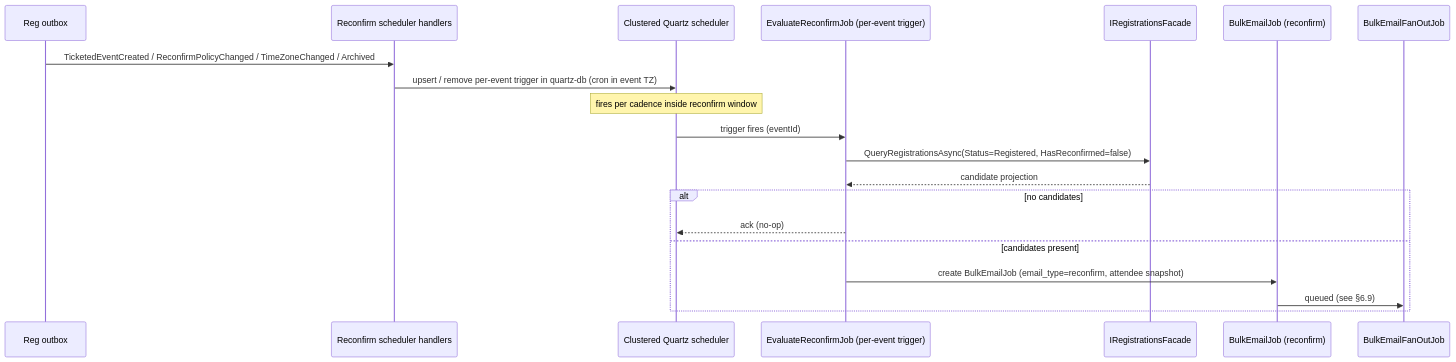
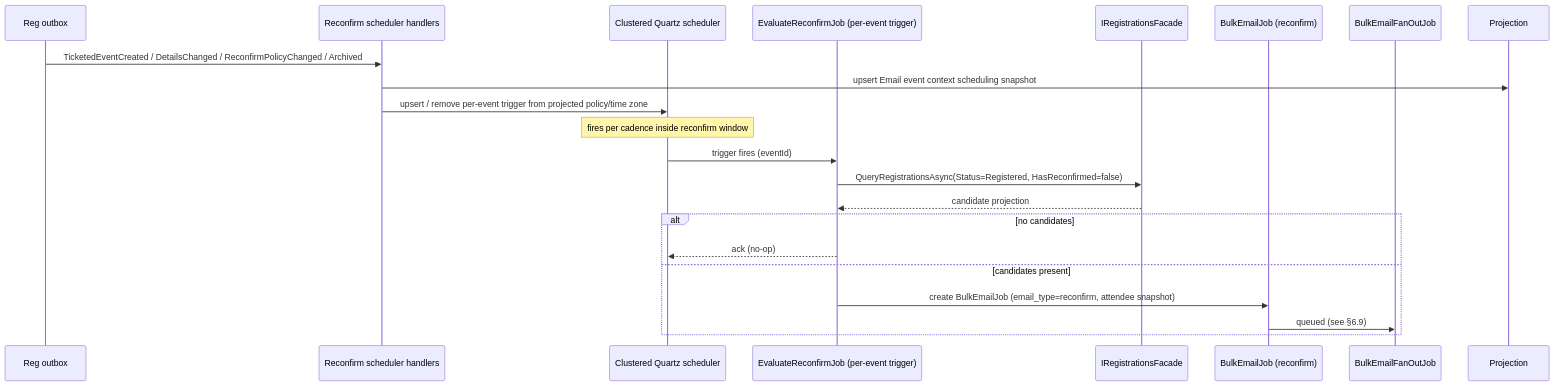
Before and after one commit to amolenk/Admitto: the tenth of 12 diagrams in docs/arc42/06-runtime-view.md, drawn with Mermaid. The commit also changed other lines of this file and 128 other files, not shown here.

Commit message:
Add TimeZone field to ticketed event details and update related integration events

````diff
--- a/docs/arc42/06-runtime-view.md
+++ b/docs/arc42/06-runtime-view.md
@@ -309,23 +309,24 @@
 ```mermaid
 sequenceDiagram
     participant RegOutbox as Reg outbox
     participant ReconfirmHandlers as Reconfirm scheduler handlers
     participant Quartz as Clustered Quartz scheduler
     participant Eval as EvaluateReconfirmJob (per-event trigger)
     participant Facade as IRegistrationsFacade
     participant Job as BulkEmailJob (reconfirm)
     participant FanOut as BulkEmailFanOutJob
 
-    RegOutbox->>ReconfirmHandlers: TicketedEventCreated / ReconfirmPolicyChanged / TimeZoneChanged / Archived
-    ReconfirmHandlers->>Quartz: upsert / remove per-event trigger in quartz-db (cron in event TZ)
+    RegOutbox->>ReconfirmHandlers: TicketedEventCreated / DetailsChanged / ReconfirmPolicyChanged / Archived
+    ReconfirmHandlers->>Projection: upsert Email event context scheduling snapshot
+    ReconfirmHandlers->>Quartz: upsert / remove per-event trigger from projected policy/time zone
     Note over Quartz: fires per cadence inside reconfirm window
     Quartz->>Eval: trigger fires (eventId)
     Eval->>Facade: QueryRegistrationsAsync(Status=Registered, HasReconfirmed=false)
     Facade-->>Eval: candidate projection
     alt no candidates
       Eval-->>Quartz: ack (no-op)
     else candidates present
       Eval->>Job: create BulkEmailJob (email_type=reconfirm, attendee snapshot)
       Job->>FanOut: queued (see §6.9)
     end
 ```
````
